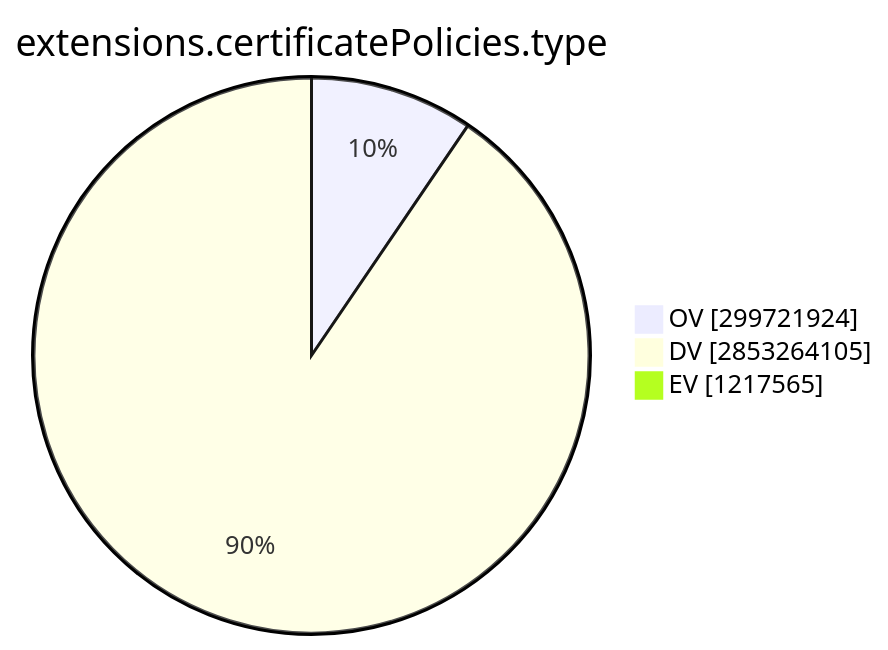
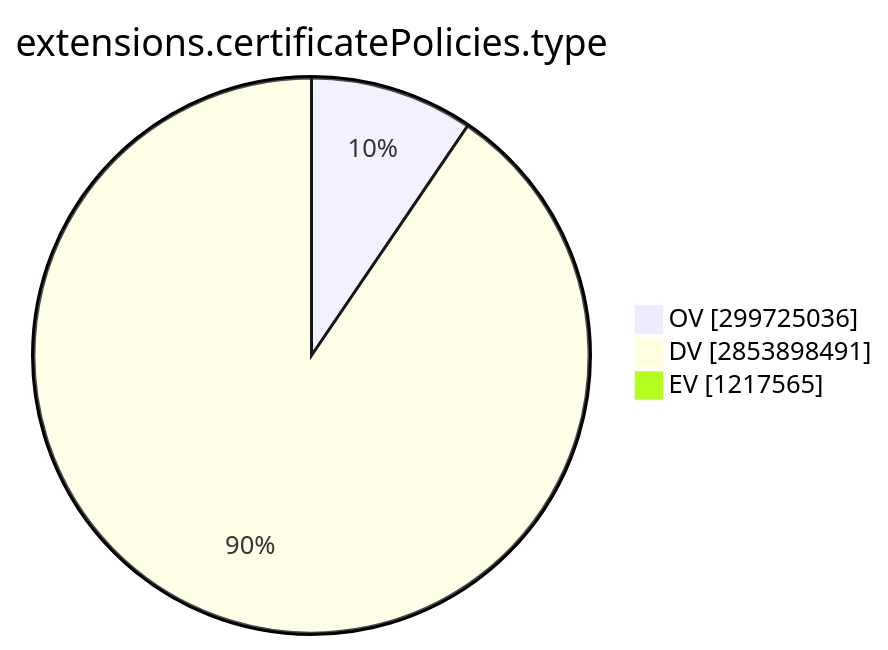
The ninth of 15 diagrams in TOTAL/README.md (christiankrug/ctmonitor_visualization), drawn with Mermaid before and after one commit. The commit also changed other lines of this file, not shown here.

````diff
--- a/TOTAL/README.md
+++ b/TOTAL/README.md
@@ -3101,7 +3101,7 @@
 ```mermaid
 pie showData
 title extensions.certificatePolicies.type
-"OV" :299721924
-"DV" :2853264105
+"OV" :299725036
+"DV" :2853898491
 "EV" :1217565
 ```
````
